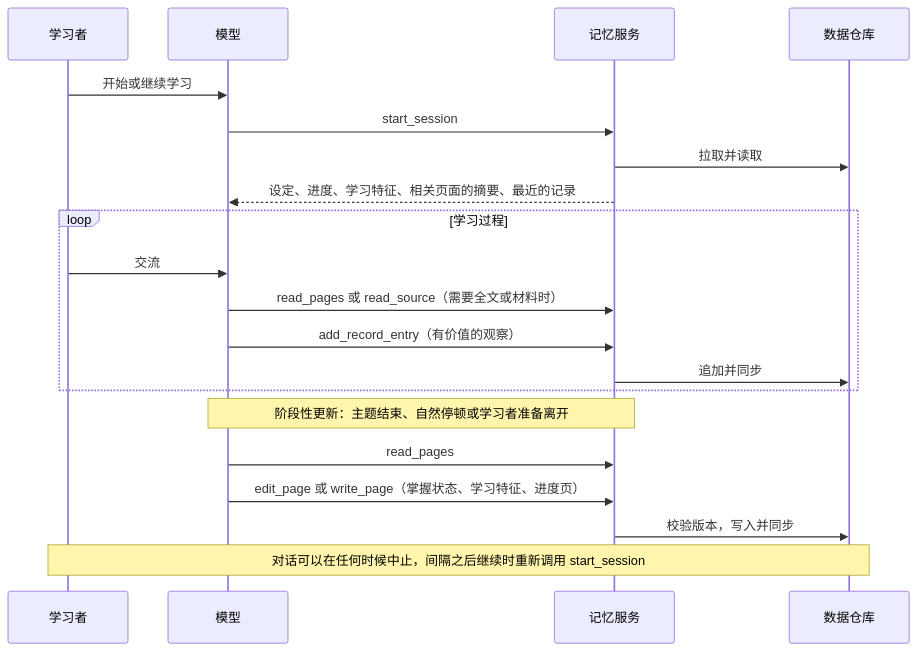
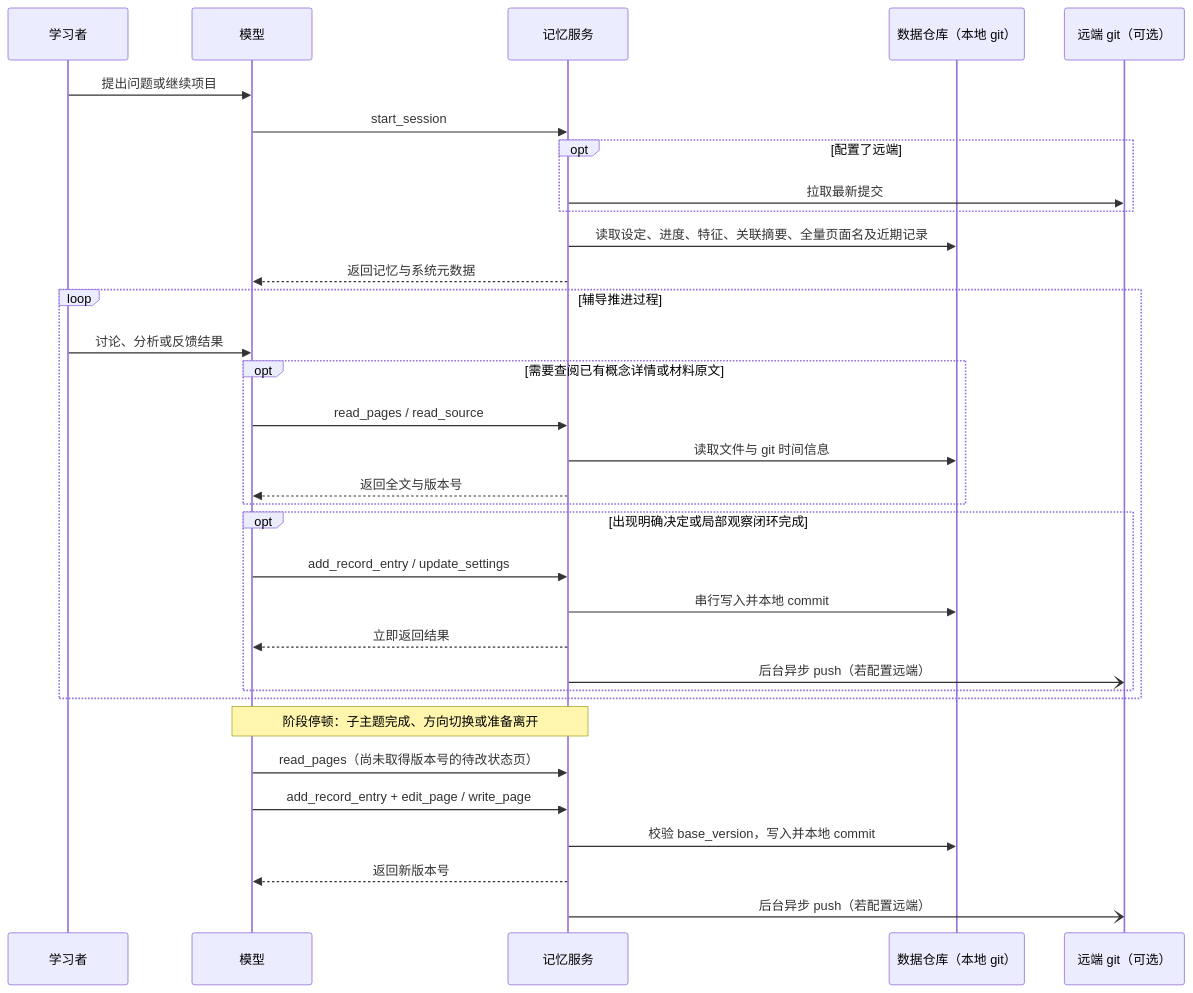
One commit to Aice-Chen/cairn-system changed the diagram in docs/components/server.md. Above: the diagram before and after it, drawn with Mermaid. The commit also changed other lines of this file and 11 other files, not shown here.

````diff
--- a/docs/components/server.md
+++ b/docs/components/server.md
@@ -104,22 +96,35 @@
 ```mermaid
 sequenceDiagram
     participant L as 学习者
     participant M as 模型
     participant S as 记忆服务
-    participant D as 数据仓库
-    L->>M: 开始或继续学习
+    participant D as 数据仓库（本地 git）
+    participant R as 远端 git（可选）
+    L->>M: 提出问题或继续项目
     M->>S: start_session
-    S->>D: 拉取并读取
-    S-->>M: 设定、进度、学习特征、相关页面的摘要、最近的记录
-    loop 学习过程
-        L->>M: 交流
-        M->>S: read_pages 或 read_source（需要全文或材料时）
-        M->>S: add_record_entry（有价值的观察）
-        S->>D: 追加并同步
+    opt 配置了远端
+        S->>R: 拉取最新提交
     end
-    Note over M,S: 阶段性更新：主题结束、自然停顿或学习者准备离开
-    M->>S: read_pages
-    M->>S: edit_page 或 write_page（掌握状态、学习特征、进度页）
-    S->>D: 校验版本，写入并同步
-    Note over L,D: 对话可以在任何时候中止，间隔之后继续时重新调用 start_session
+    S->>D: 读取设定、进度、特征、关联摘要、全量页面名及近期记录
+    S-->>M: 返回记忆与系统元数据
+    loop 辅导推进过程
+        L->>M: 讨论、分析或反馈结果
+        opt 需要查阅已有概念详情或材料原文
+            M->>S: read_pages / read_source
+            S->>D: 读取文件与 git 时间信息
+            S-->>M: 返回全文与版本号
+        end
+        opt 出现明确决定或局部观察闭环完成
+            M->>S: add_record_entry / update_settings
+            S->>D: 串行写入并本地 commit
+            S-->>M: 立即返回结果
+            S-)R: 后台异步 push（若配置远端）
+        end
+    end
+    Note over M,S: 阶段停顿：子主题完成、方向切换或准备离开
+    M->>S: read_pages（尚未取得版本号的待改状态页）
+    M->>S: add_record_entry + edit_page / write_page
+    S->>D: 校验 base_version，写入并本地 commit
+    S-->>M: 返回新版本号
+    S-)R: 后台异步 push（若配置远端）
 ```
````
